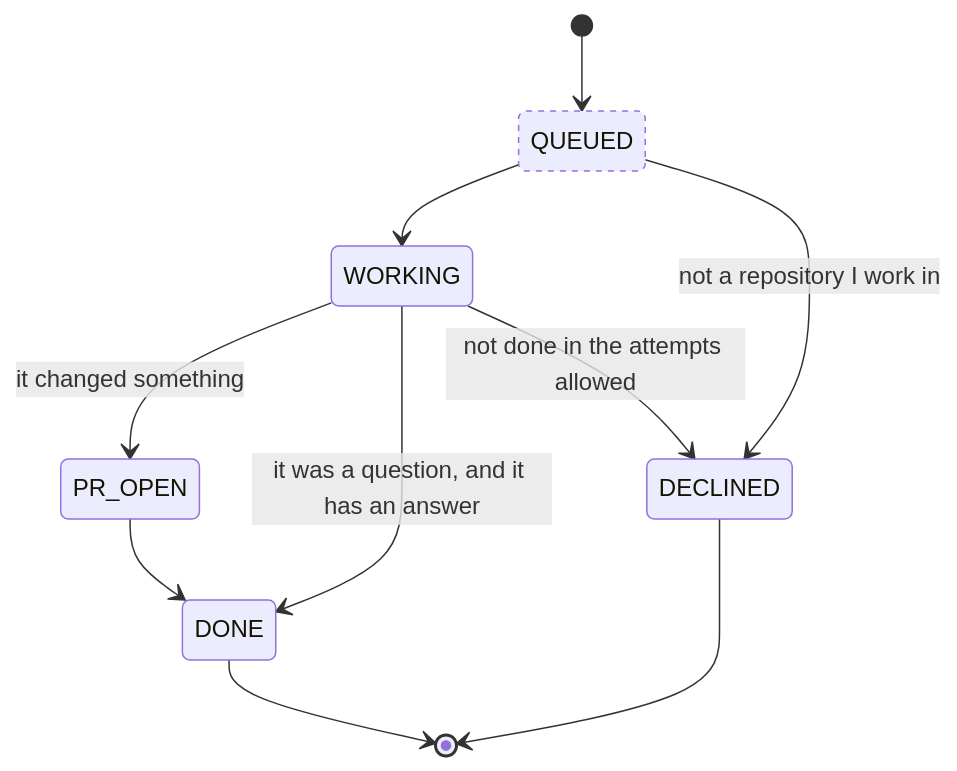
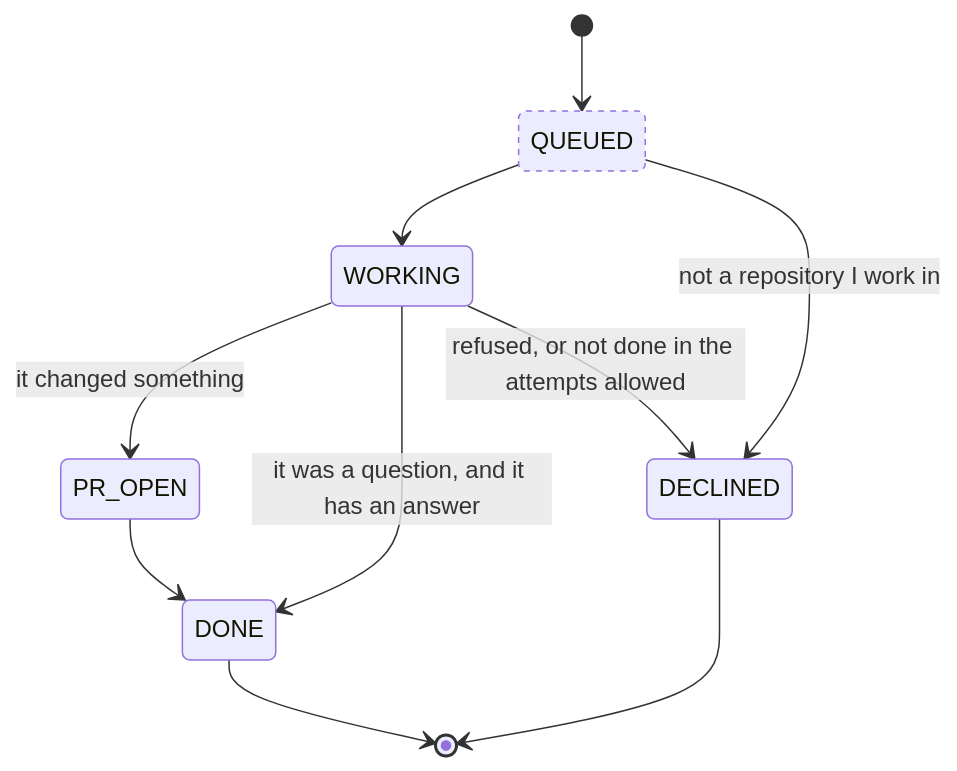
Before and after one commit to nicolasmelo1/amy: the diagram in packages/workflow-errand/workflow.mmd, drawn with Mermaid. The commit also changed 15 other files, not shown here.

```diff
--- a/packages/workflow-errand/workflow.mmd
+++ b/packages/workflow-errand/workflow.mmd
@@ -1,18 +1,18 @@
 stateDiagram-v2
     %% Something said in passing, done by an agent: a pull request when it
     %% changed something, an answer when it was a question, or handed back.
     %% QUEUED waits only when the ceiling on errands in flight is reached;
     %% nothing here waits on a person, or it would have been a ticket.
     classDef waiting stroke-dasharray: 4 4
 
     [*] --> QUEUED
     QUEUED --> WORKING
     WORKING --> PR_OPEN: it changed something
     PR_OPEN --> DONE
     WORKING --> DONE: it was a question, and it has an answer
     QUEUED --> DECLINED: not a repository I work in
-    WORKING --> DECLINED: not done in the attempts allowed
+    WORKING --> DECLINED: refused, or not done in the attempts allowed
     DONE --> [*]
     DECLINED --> [*]
 
     class QUEUED waiting
```
